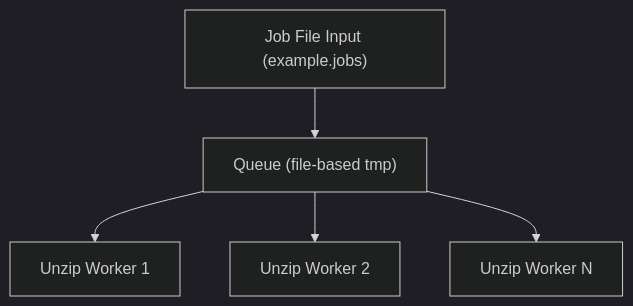
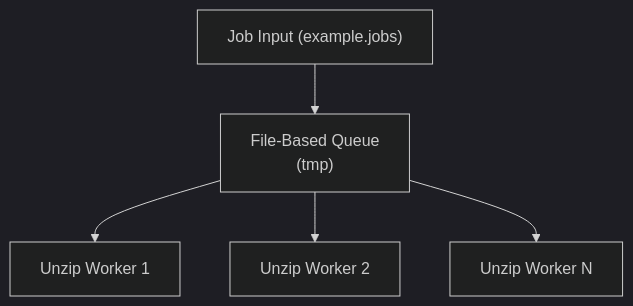
The first of 4 diagrams in architecture.md (patrickfcarey/loadout-pipeline), drawn with Mermaid (dark theme) before and after one commit. The commit also changed other lines of this file, not shown here.

````diff
--- a/architecture.md
+++ b/architecture.md
@@ -17,12 +22,12 @@
 ```mermaid
 flowchart TD
-    A["Job File Input (example.jobs)"]
-    B["Queue (file-based tmp)"]
+    A["Job Input (example.jobs)"]
+    B["File-Based Queue<br/>(tmp)"]
     C1["Unzip Worker 1"]
     C2["Unzip Worker 2"]
     C3["Unzip Worker N"]
     A --> B
     B --> C1
     B --> C2
     B --> C3
 ```
````
